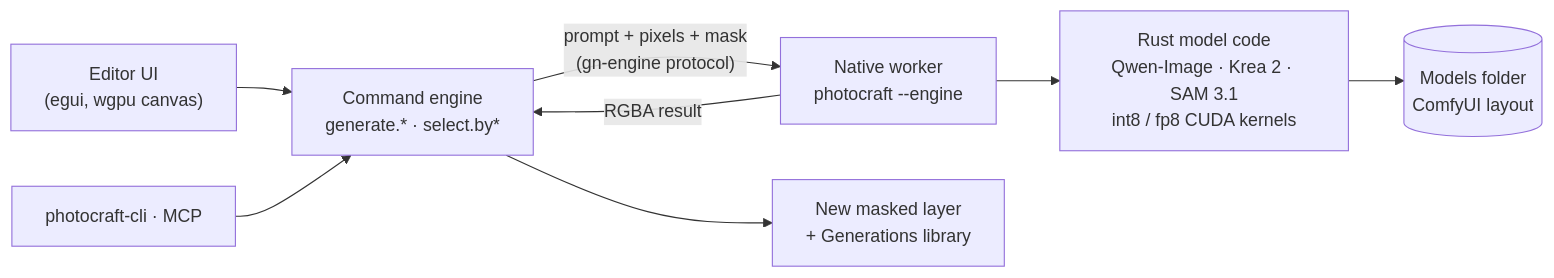
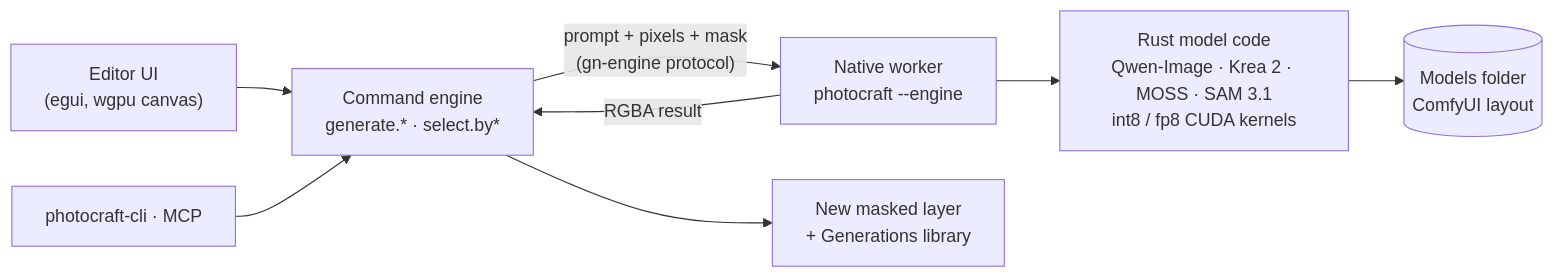
Before and after one commit to CodyChuGit/ShotoPhopEX: the diagram in README.md, drawn with Mermaid. The commit also changed other lines of this file, not shown here.

First line of the commit message:
README: MOSS-Image natively, live previews, the redesigned Generate panel

````diff
--- a/README.md
+++ b/README.md
@@ -322,10 +331,10 @@
 ```mermaid
 flowchart LR
     UI["Editor UI<br/>(egui, wgpu canvas)"] --> CMD["Command engine<br/>generate.* · select.by*"]
     CLI["photocraft-cli · MCP"] --> CMD
     CMD -->|"prompt + pixels + mask<br/>(gn-engine protocol)"| W["Native worker<br/>photocraft --engine"]
-    W --> K["Rust model code<br/>Qwen-Image · Krea 2 · SAM 3.1<br/>int8 / fp8 CUDA kernels"]
+    W --> K["Rust model code<br/>Qwen-Image · Krea 2 · MOSS · SAM 3.1<br/>int8 / fp8 CUDA kernels"]
     K --> M[("Models folder<br/>ComfyUI layout")]
     W -->|"RGBA result"| CMD
     CMD --> L["New masked layer<br/>+ Generations library"]
 ```
````
